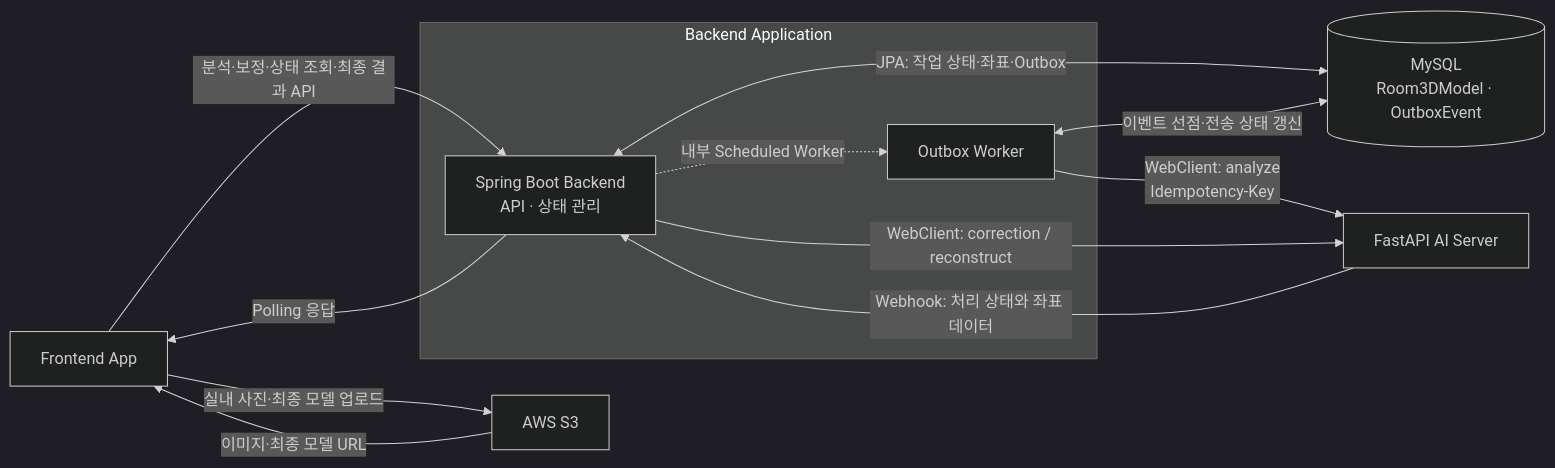
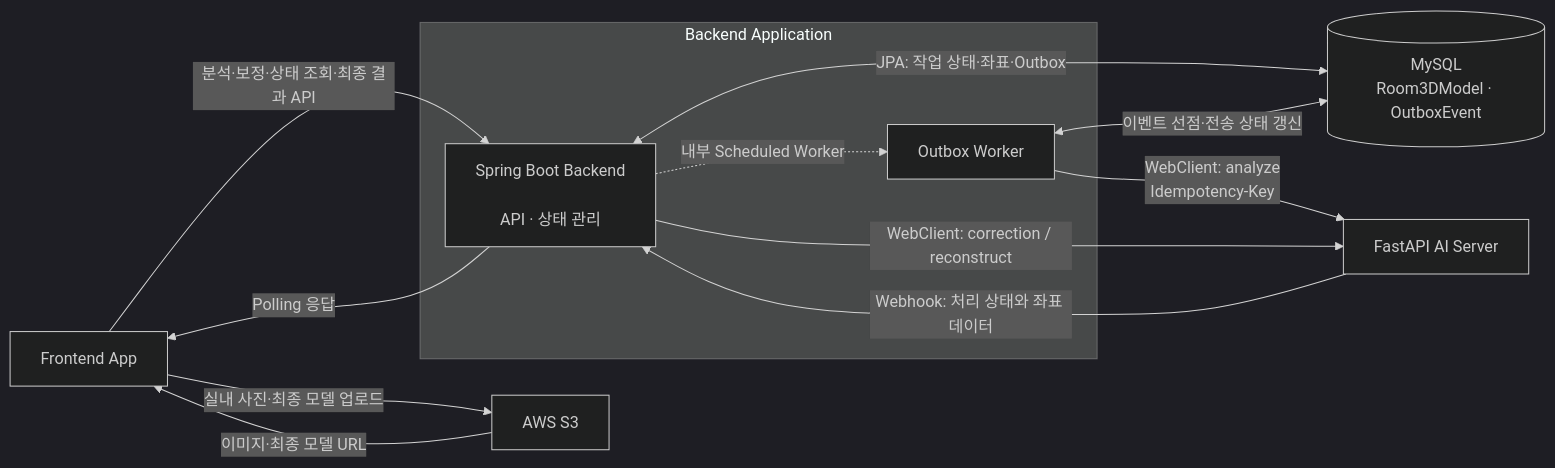
The first of 3 diagrams in README.md (wjs4379/3d-reconstruction-backend-portfolio), drawn with Mermaid (dark theme) before and after one commit.

````diff
--- a/README.md
+++ b/README.md
@@ -31,22 +31,23 @@
 ```mermaid
 flowchart LR
     FE["Frontend App"]
     S3["AWS S3"]
     subgraph APP["Backend Application"]
-        BE["Spring Boot Backend<br/>API · 상태 관리"]
+        BE["Spring Boot Backend<br/>
+API · 상태 관리"]
         WORKER["Outbox Worker"]
     end
     DB[("MySQL<br/>Room3DModel · OutboxEvent")]
     AI["FastAPI AI Server"]
 
     FE -->|"실내 사진·최종 모델 업로드"| S3
     S3 -->|"이미지·최종 모델 URL"| FE
     FE -->|"분석·보정·상태 조회·최종 결과 API"| BE
     BE <-->|"JPA: 작업 상태·좌표·Outbox"| DB
     BE -.->|"내부 Scheduled Worker"| WORKER
     WORKER <-->|"이벤트 선점·전송 상태 갱신"| DB
     WORKER -->|"WebClient: analyze<br/>Idempotency-Key"| AI
     BE -->|"WebClient: correction / reconstruct"| AI
     AI -->|"Webhook: 처리 상태와 좌표 데이터"| BE
     BE -->|"Polling 응답"| FE
 ```
````
